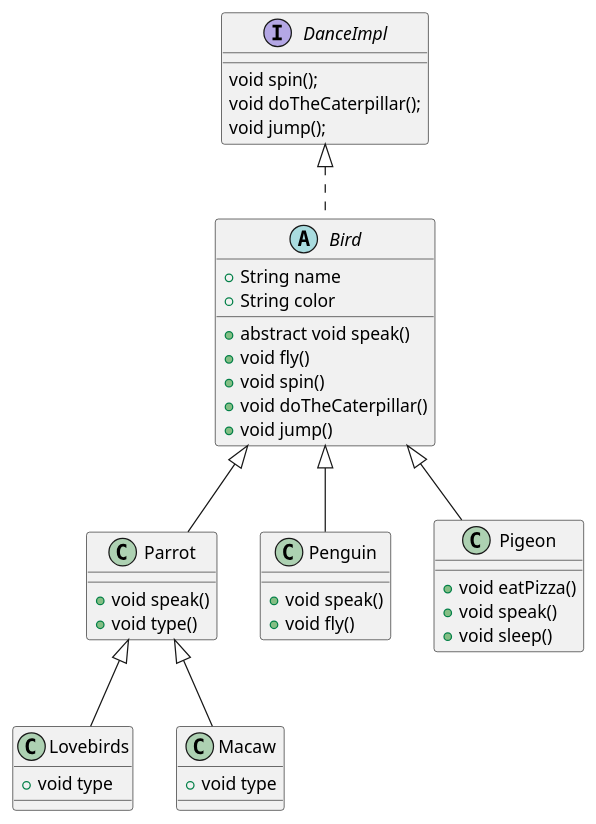
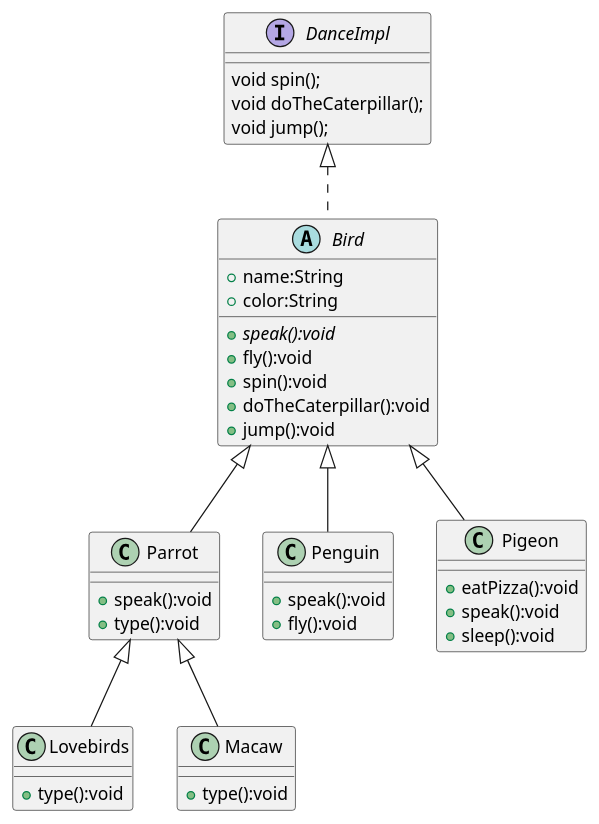
The diagram in Bird.puml (MayaVs/Birds), drawn with PlantUML before and after one commit. The commit also changed 2 other files, not shown here.

Commit message:
Updated the UML diagram

```diff
--- a/Bird.puml
+++ b/Bird.puml
@@ -1,43 +1,43 @@
 @startuml
 
 interface DanceImpl
 DanceImpl : void spin();
 DanceImpl : void doTheCaterpillar();
 DanceImpl : void jump();
 
 
 abstract class Bird
 DanceImpl <|.. Bird
-Bird : + String name
-Bird : + String color
-Bird : + abstract void speak()
-Bird : + void fly()
-Bird : + void spin()
-Bird : + void doTheCaterpillar()
-Bird : + void jump()
+Bird : + name:String
+Bird : + color:String
+Bird : + {abstract} speak():void
+Bird : + fly():void
+Bird : + spin():void
+Bird : + doTheCaterpillar():void
+Bird : + jump():void
 
 class Parrot
 Bird <|-- Parrot
-Parrot : + void speak()
-Parrot : + void type()
+Parrot : + speak():void
+Parrot : + type():void
 
 class Lovebirds
 Parrot <|-- Lovebirds
-Lovebirds : + void type
+Lovebirds : + type():void
 
 class Macaw
 Parrot <|-- Macaw
-Macaw : + void type
+Macaw : + type():void
 
 class Penguin
 Bird <|-- Penguin
-Penguin : + void speak()
-Penguin : + void fly()
+Penguin : + speak():void
+Penguin : + fly():void
 
 class Pigeon
 Bird <|-- Pigeon
-Pigeon : + void eatPizza()
-Pigeon : + void speak()
-Pigeon : + void sleep()
+Pigeon : + eatPizza():void
+Pigeon : + speak():void
+Pigeon : + sleep():void
 
 @enduml
```
